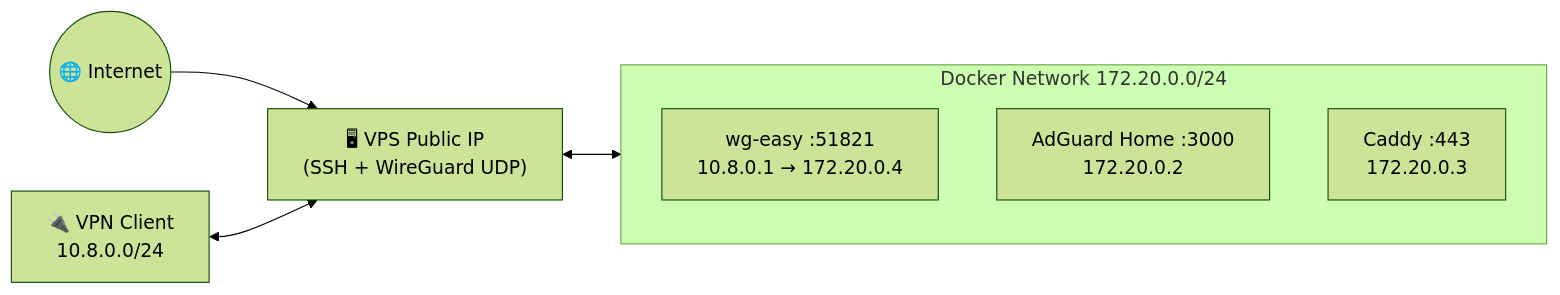
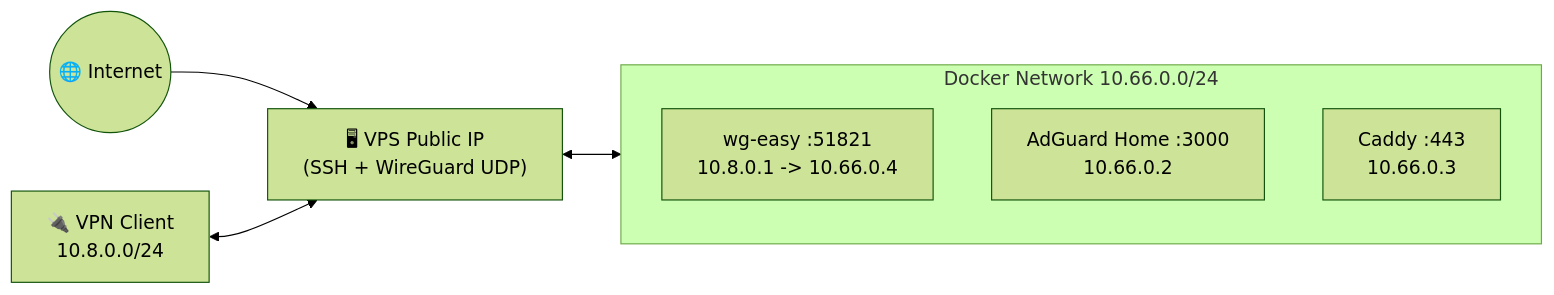
The diagram in README.md (NikitaS2001/ansible-zero-trust-vps), drawn with Mermaid (forest theme) before and after one commit. The commit also changed other lines of this file and 4 other files, not shown here.

Commit message:
fix(network): avoid common docker subnet conflict

````diff
--- a/README.md
+++ b/README.md
@@ -28,15 +28,15 @@
 ```mermaid
 flowchart LR
     Internet(("#127760; Internet"))
     Client["#128268; VPN Client\n10.8.0.0/24"]
     VPS["#128421; VPS Public IP\n#40;SSH + WireGuard UDP#41;"]
-    subgraph Docker_Network["Docker Network 172.20.0.0/24"]
-        WG["wg-easy :51821\n10.8.0.1 → 172.20.0.4"]
-        AD["AdGuard Home :3000\n172.20.0.2"]
-        CAD["Caddy :443\n172.20.0.3"]
+    subgraph Docker_Network["Docker Network 10.66.0.0/24"]
+        WG["wg-easy :51821\n10.8.0.1 -> 10.66.0.4"]
+        AD["AdGuard Home :3000\n10.66.0.2"]
+        CAD["Caddy :443\n10.66.0.3"]
     end
 
     Internet --> VPS
     Client <--> VPS
     VPS <--> Docker_Network
 ```
````
